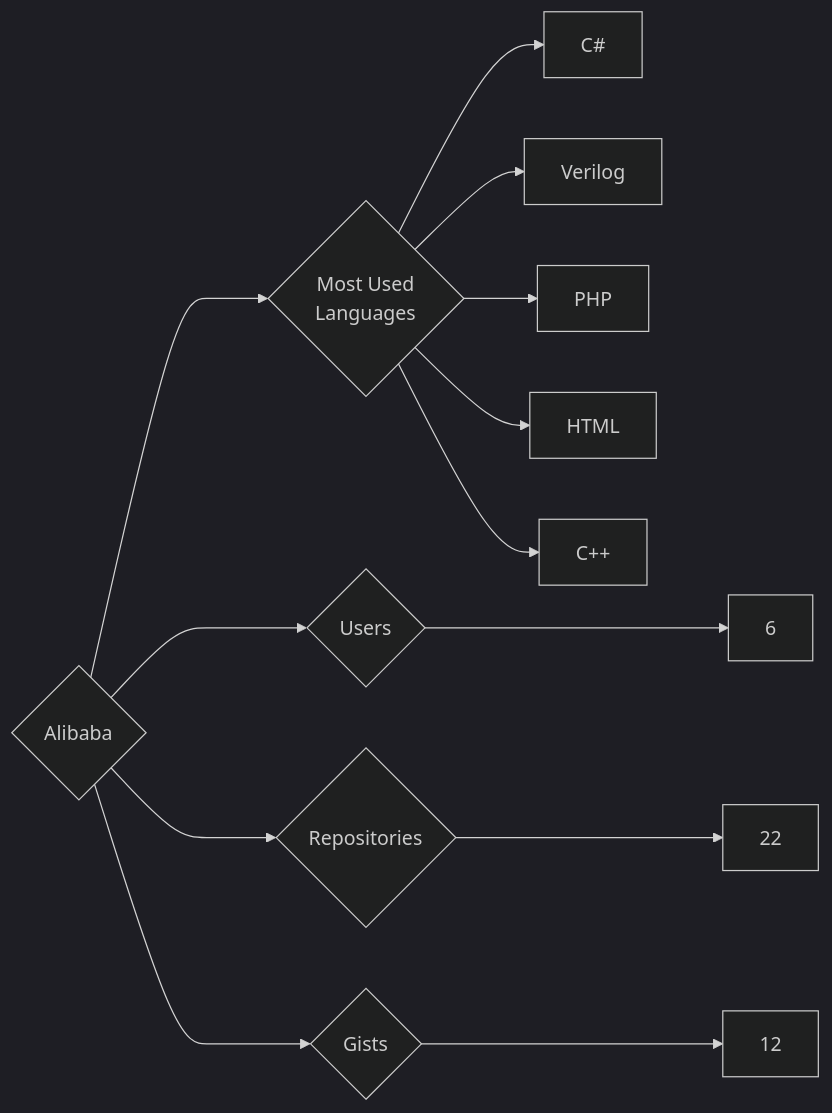
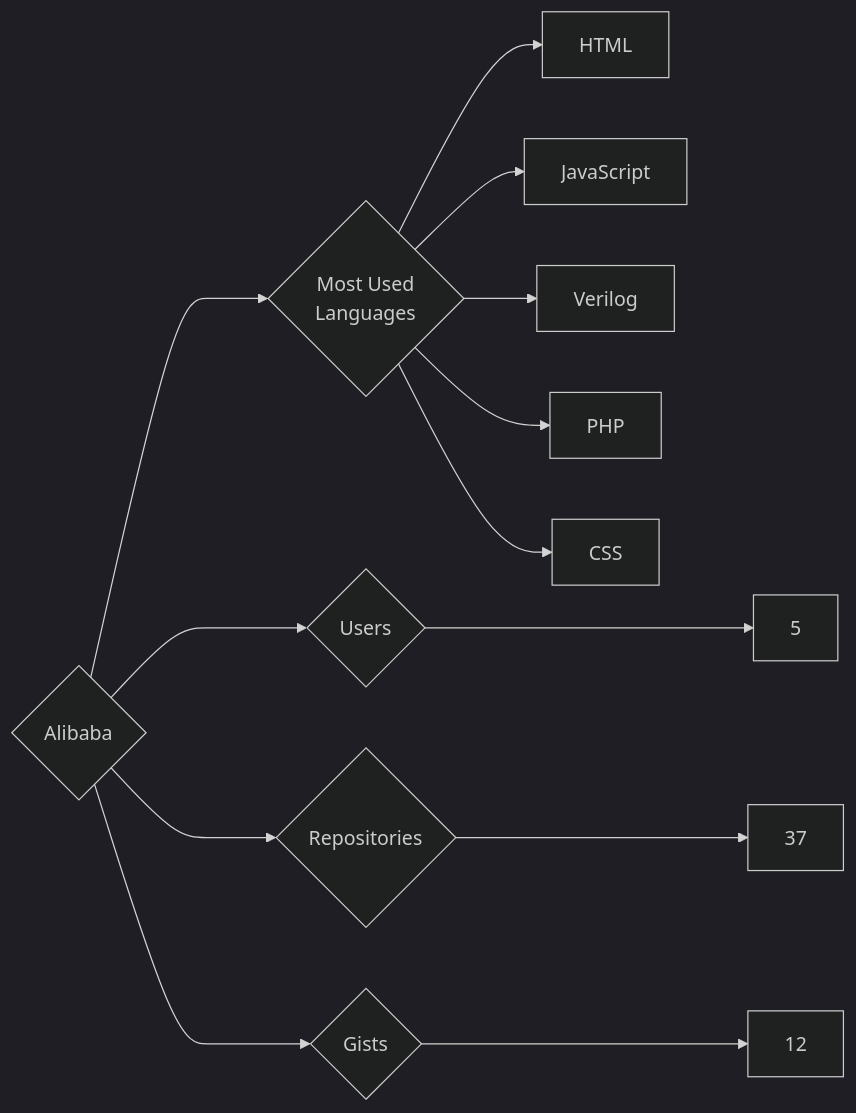
The diagram in targets/Alibaba/README.md (trickest/insiders), drawn with Mermaid (dark theme) before and after one commit. The commit also changed 1089 other files, not shown here.

````diff
--- a/targets/Alibaba/README.md
+++ b/targets/Alibaba/README.md
@@ -3,13 +3,13 @@
 ```mermaid
 graph LR
 COMPANY_NAME{Alibaba}
-COMPANY_NAME ---> U{Users} ---> UN[6]
-COMPANY_NAME ---> R{Repositories} ---> RN[22]
+COMPANY_NAME ---> U{Users} ---> UN[5]
+COMPANY_NAME ---> R{Repositories} ---> RN[37]
 COMPANY_NAME ---> G{Gists} ---> GN[12]
 COMPANY_NAME ---> ML{Most Used<br>Languages}
-ML --> C#[C#]
+ML --> HTML[HTML]
+ML --> JavaScript[JavaScript]
 ML --> Verilog[Verilog]
 ML --> PHP[PHP]
-ML --> HTML[HTML]
-ML --> C++[C++]
+ML --> CSS[CSS]
 ```
````
